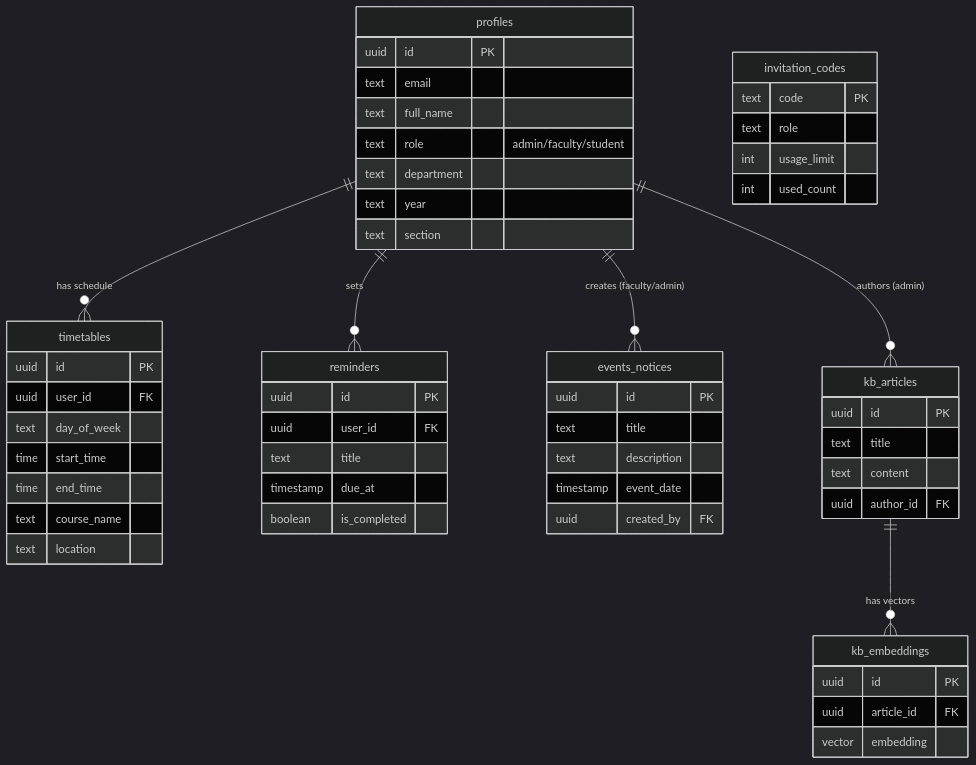
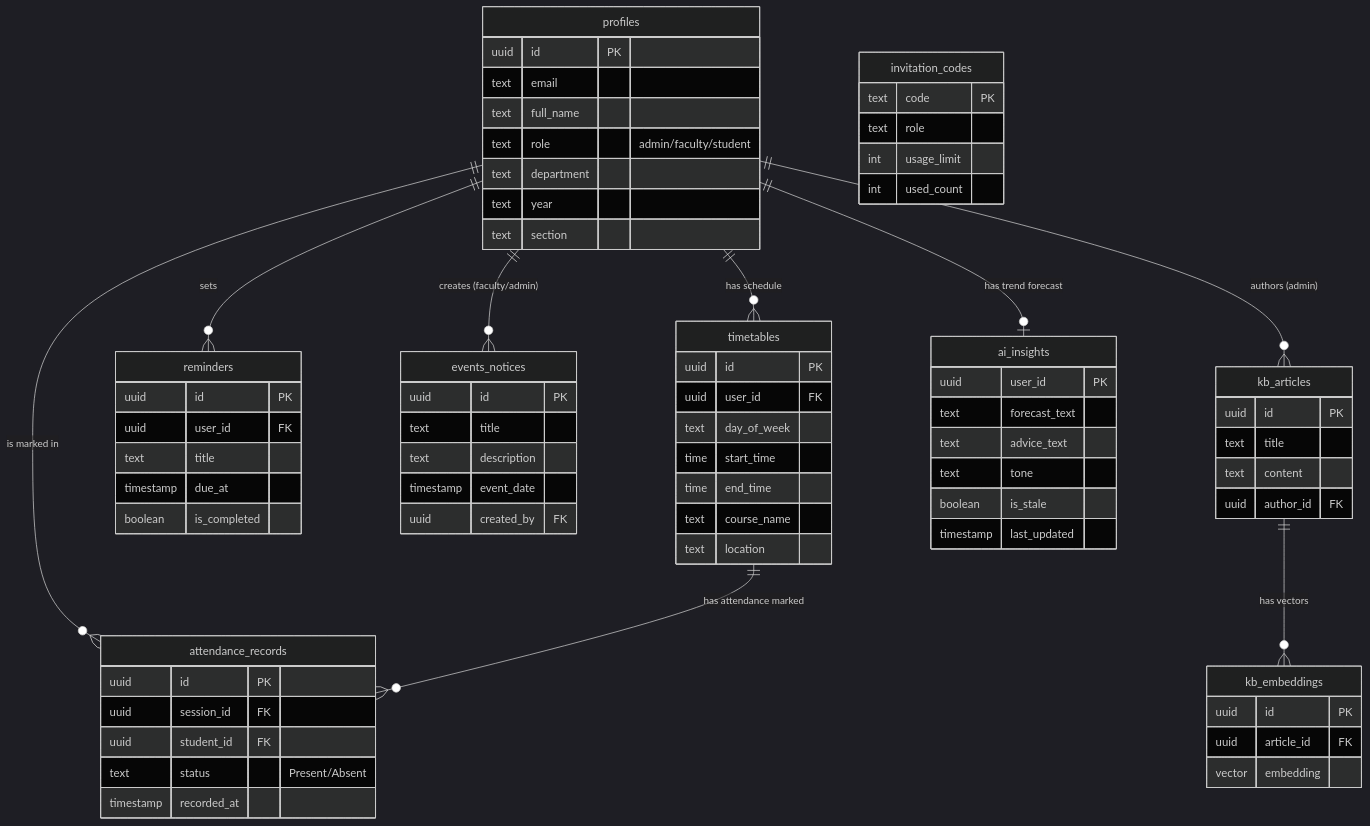
One commit to Subhapreet21/Proactive-Multimodal-Academic-Support-System changed the sixth of 6 diagrams in PROJECT_DOCUMENTATION.md. Above: the diagram before and after it, drawn with Mermaid (dark theme). The commit also changed other lines of this file and 2 other files, not shown here.

Commit message:
Official release of the attendance page for UAT

```diff
--- a/PROJECT_DOCUMENTATION.md
+++ b/PROJECT_DOCUMENTATION.md
@@ -483,6 +508,10 @@
     profiles ||--o{ reminders : "sets"
     profiles ||--o{ events_notices : "creates (faculty/admin)"
     profiles ||--o{ kb_articles : "authors (admin)"
+    profiles ||--o{ attendance_records : "is marked in"
+    profiles ||--o| ai_insights : "has trend forecast"
+    
+    timetables ||--o{ attendance_records : "has attendance marked"
     
     kb_articles ||--o{ kb_embeddings : "has vectors"
     
@@ -504,6 +533,23 @@
         time end_time
         text course_name
         text location
+    }
+
+    attendance_records {
+        uuid id PK
+        uuid session_id FK
+        uuid student_id FK
+        text status "Present/Absent"
+        timestamp recorded_at
+    }
+
+    ai_insights {
+        uuid user_id PK
+        text forecast_text
+        text advice_text
+        text tone
+        boolean is_stale
+        timestamp last_updated
     }
 
     reminders {
```
